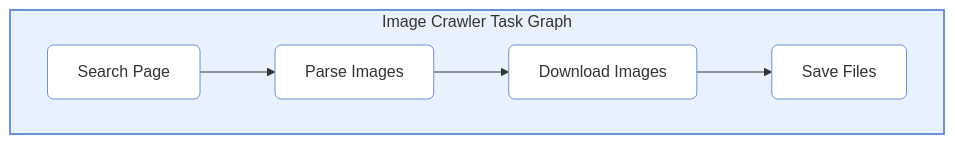
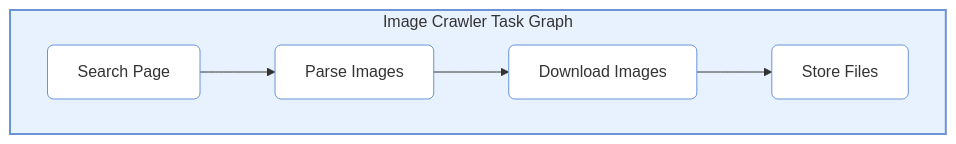
The diagram in docs/en/tutorial.md (Mr-xiaotian/CelestialFlow), drawn with Mermaid before and after one commit. The commit also changed other lines of this file and 278 other files, not shown here.

````diff
--- a/docs/en/tutorial.md
+++ b/docs/en/tutorial.md
@@ -36,19 +36,19 @@
 ```mermaid
 flowchart LR
     subgraph TG[Image Crawler Task Graph]
         direction LR
         
         S1[Search Page]
         S2[Parse Images]
         S3[Download Images]
-        S4[Save Files]
+        S4[Store Files]
         
         S1 --> S2
         S2 --> S3
         S3 --> S4
     end
     
     style TG fill:#e8f2ff,stroke:#6b93d6,stroke-width:2px
     classDef blueNode fill:#ffffff,stroke:#6b93d6,rx:6px,ry:6px;
     class S1,S2,S3,S4 blueNode;
 ```
````
